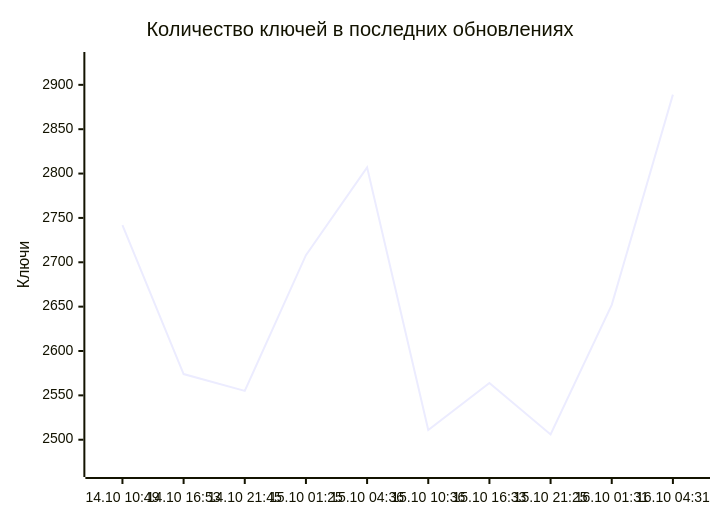
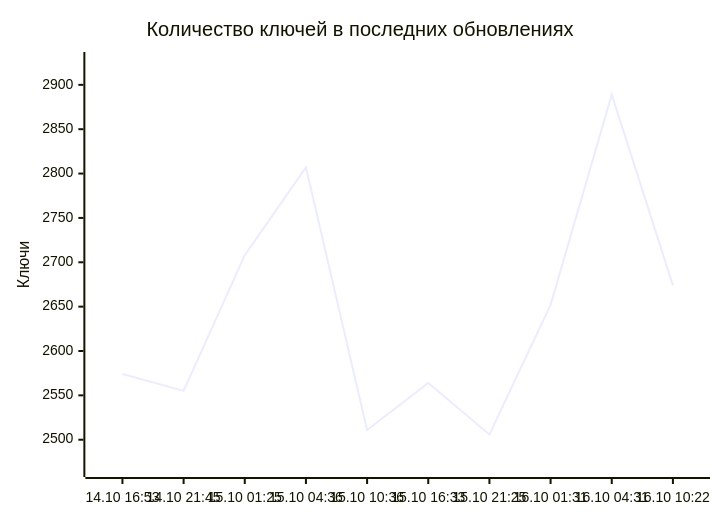
Before and after one commit to markKikhtenko/WireVeil: the diagram in README.md, drawn with Mermaid. The commit also changed other lines of this file and 12 other files, not shown here.

````diff
--- a/README.md
+++ b/README.md
@@ -55,7 +55,7 @@
 ```mermaid
 xychart-beta
     title "Количество ключей в последних обновлениях"
-    x-axis ["14.10 10:49", "14.10 16:53", "14.10 21:45", "15.10 01:25", "15.10 04:36", "15.10 10:36", "15.10 16:33", "15.10 21:25", "16.10 01:31", "16.10 04:31"]
+    x-axis ["14.10 16:53", "14.10 21:45", "15.10 01:25", "15.10 04:36", "15.10 10:36", "15.10 16:33", "15.10 21:25", "16.10 01:31", "16.10 04:31", "16.10 10:22"]
     y-axis "Ключи" 2467 --> 2928
-    line [2742, 2574, 2555, 2708, 2807, 2511, 2564, 2506, 2652, 2889]
+    line [2574, 2555, 2708, 2807, 2511, 2564, 2506, 2652, 2889, 2674]
 ```
````
